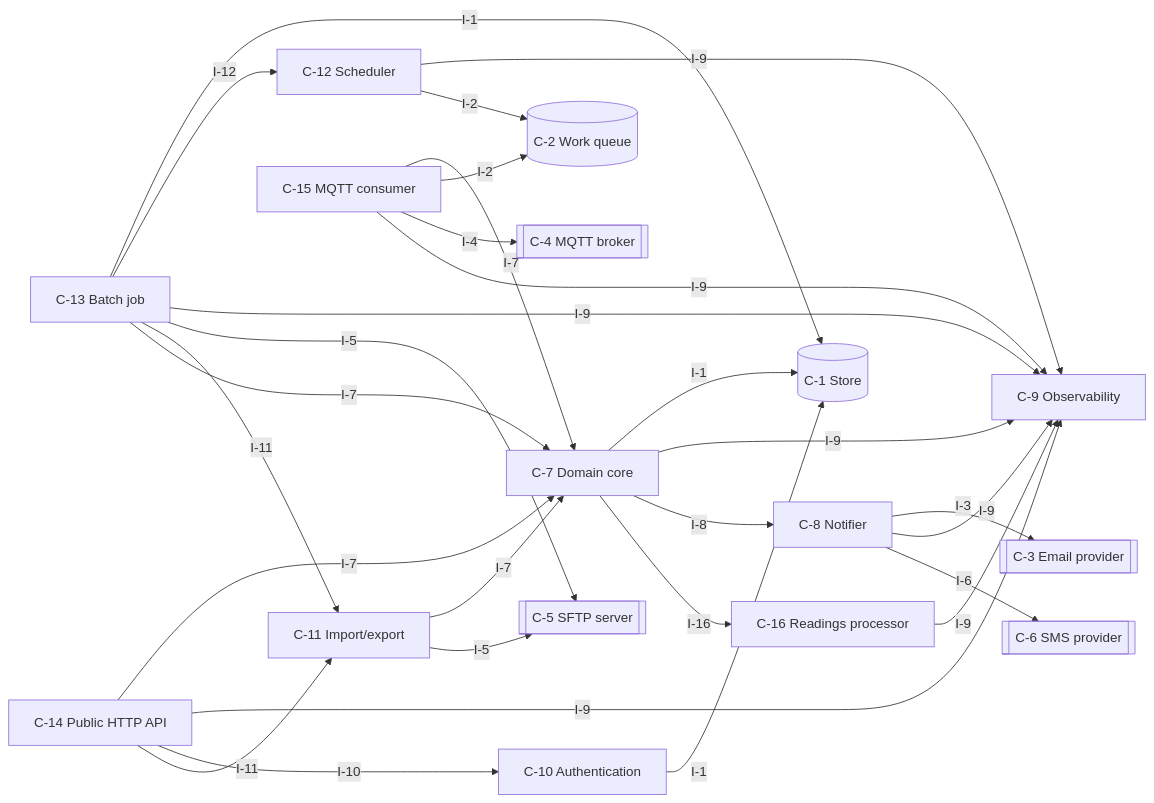
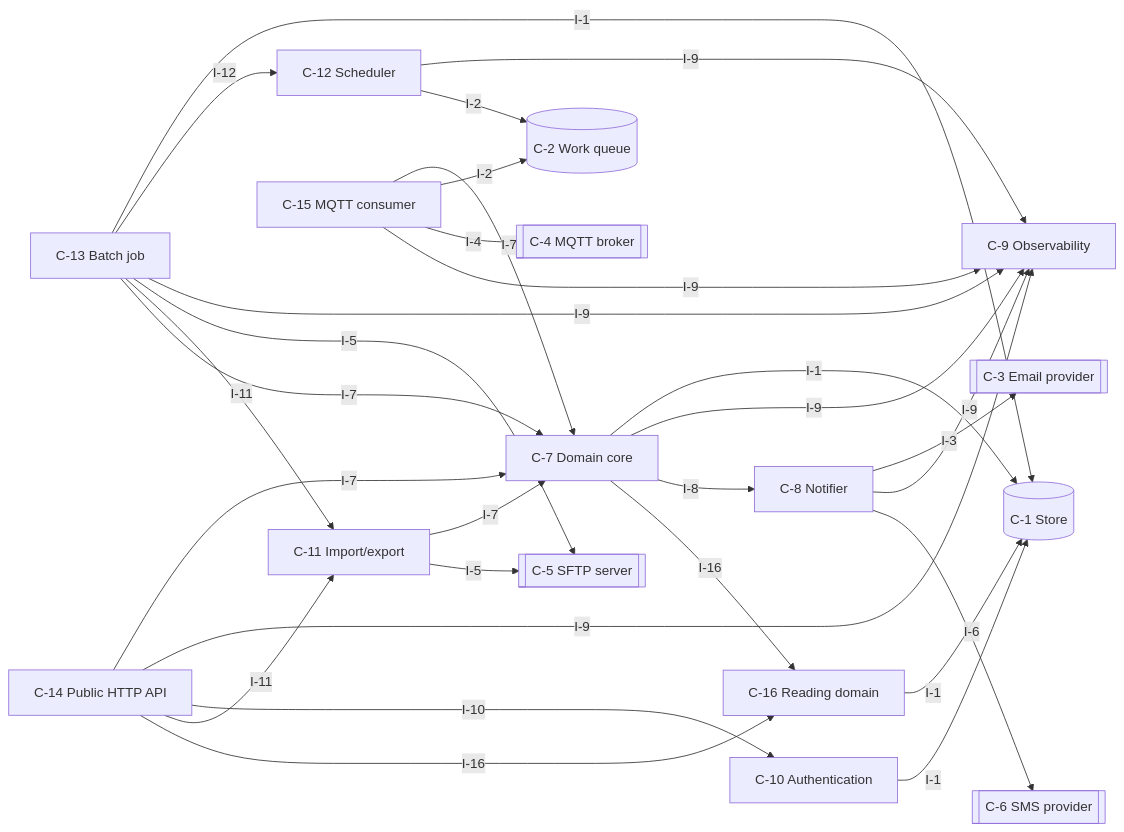
The first of 3 diagrams in examples/eval/telemetry.DESIGN.md (yui9696/sekkei), drawn with Mermaid before and after one commit. The commit also changed other lines of this file and 39 other files, not shown here.

````diff
--- a/examples/eval/telemetry.DESIGN.md
+++ b/examples/eval/telemetry.DESIGN.md
@@ -44,46 +44,47 @@
 ```mermaid
 graph LR
   C_1[("C-1 Store")]
   C_2[("C-2 Work queue")]
   C_3[["C-3 Email provider"]]
   C_4[["C-4 MQTT broker"]]
   C_5[["C-5 SFTP server"]]
   C_6[["C-6 SMS provider"]]
   C_7["C-7 Domain core"]
   C_8["C-8 Notifier"]
   C_9["C-9 Observability"]
   C_10["C-10 Authentication"]
   C_11["C-11 Import/export"]
   C_12["C-12 Scheduler"]
   C_13["C-13 Batch job"]
   C_14["C-14 Public HTTP API"]
   C_15["C-15 MQTT consumer"]
-  C_16["C-16 Readings processor"]
+  C_16["C-16 Reading domain"]
   C_7 -->|I-1| C_1
   C_7 -->|I-9| C_9
   C_7 -->|I-8| C_8
   C_7 -->|I-16| C_16
   C_8 -->|I-3| C_3
   C_8 -->|I-9| C_9
   C_8 -->|I-6| C_6
   C_10 -->|I-1| C_1
   C_11 -->|I-7| C_7
   C_11 -->|I-5| C_5
   C_12 -->|I-9| C_9
   C_12 -->|I-2| C_2
   C_13 -->|I-1| C_1
   C_13 -->|I-12| C_12
   C_13 -->|I-9| C_9
   C_13 -->|I-5| C_5
   C_13 -->|I-11| C_11
   C_13 -->|I-7| C_7
   C_14 -->|I-7| C_7
   C_14 -->|I-9| C_9
   C_14 -->|I-10| C_10
   C_14 -->|I-11| C_11
+  C_14 -->|I-16| C_16
   C_15 -->|I-7| C_7
   C_15 -->|I-2| C_2
   C_15 -->|I-4| C_4
   C_15 -->|I-9| C_9
-  C_16 -->|I-9| C_9
+  C_16 -->|I-1| C_1
 ```
````
